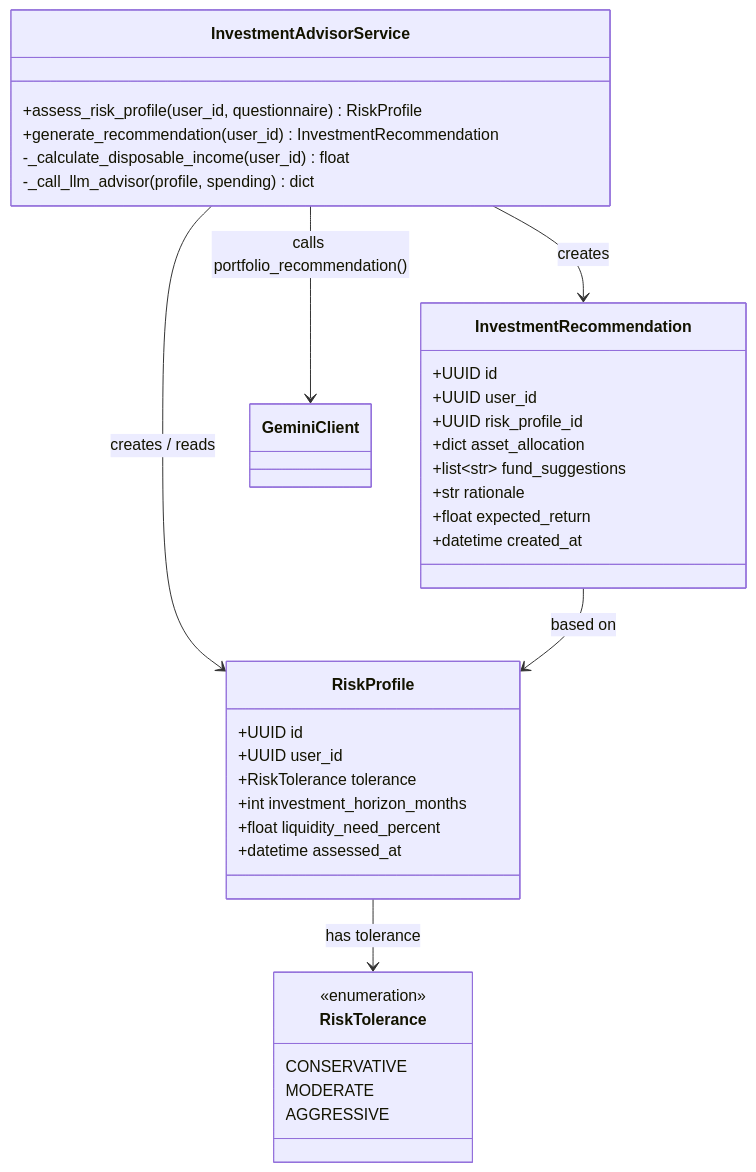
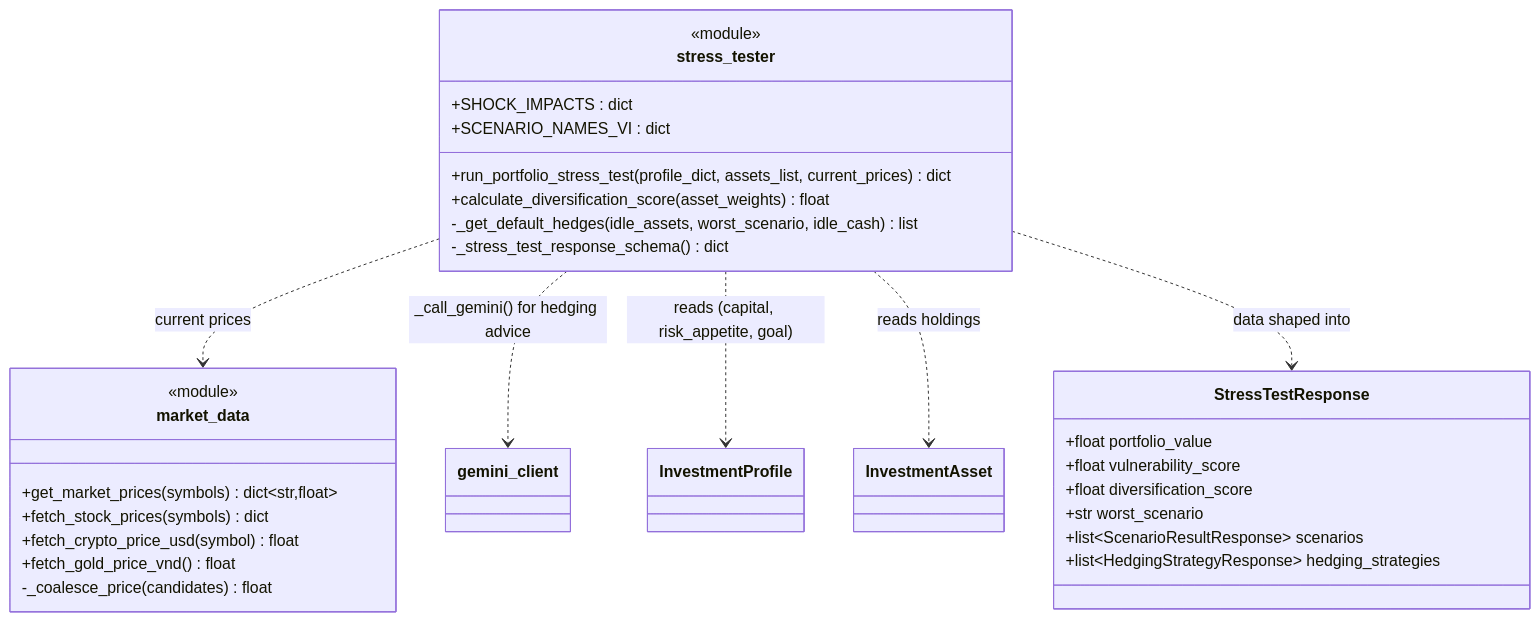
The tenth of 14 diagrams in docs/SAD.md (quanpro147/Spend-Sense-AI), drawn with Mermaid before and after one commit. The commit also changed other lines of this file, not shown here.

````diff
--- a/docs/SAD.md
+++ b/docs/SAD.md
@@ -718,42 +837,36 @@
 ```mermaid
 classDiagram
-    class RiskTolerance {
-        <<enumeration>>
-        CONSERVATIVE
-        MODERATE
-        AGGRESSIVE
+    class stress_tester {
+        <<module>>
+        +run_portfolio_stress_test(profile_dict, assets_list, current_prices) dict
+        +calculate_diversification_score(asset_weights) float
+        -_get_default_hedges(idle_assets, worst_scenario, idle_cash) list
+        -_stress_test_response_schema() dict
+        +SHOCK_IMPACTS : dict
+        +SCENARIO_NAMES_VI : dict
     }
 
-    class RiskProfile {
-        +UUID id
-        +UUID user_id
-        +RiskTolerance tolerance
-        +int investment_horizon_months
-        +float liquidity_need_percent
-        +datetime assessed_at
+    class market_data {
+        <<module>>
+        +get_market_prices(symbols) dict~str,float~
+        +fetch_stock_prices(symbols) dict
+        +fetch_crypto_price_usd(symbol) float
+        +fetch_gold_price_vnd() float
+        -_coalesce_price(candidates) float
     }
 
-    class InvestmentRecommendation {
-        +UUID id
-        +UUID user_id
-        +UUID risk_profile_id
-        +dict asset_allocation
-        +list~str~ fund_suggestions
-        +str rationale
-        +float expected_return
-        +datetime created_at
+    class StressTestResponse {
+        +float portfolio_value
+        +float vulnerability_score
+        +float diversification_score
+        +str worst_scenario
+        +list~ScenarioResultResponse~ scenarios
+        +list~HedgingStrategyResponse~ hedging_strategies
     }
 
-    class InvestmentAdvisorService {
-        +assess_risk_profile(user_id, questionnaire) RiskProfile
-        +generate_recommendation(user_id) InvestmentRecommendation
-        -_calculate_disposable_income(user_id) float
-        -_call_llm_advisor(profile, spending) dict
-    }
-
-    InvestmentAdvisorService --> RiskProfile : creates / reads
-    InvestmentAdvisorService --> InvestmentRecommendation : creates
-    InvestmentAdvisorService --> GeminiClient : calls portfolio_recommendation()
-    InvestmentRecommendation --> RiskProfile : based on
-    RiskProfile --> RiskTolerance : has tolerance
+    stress_tester ..> market_data : current prices
+    stress_tester ..> gemini_client : _call_gemini() for hedging advice
+    stress_tester ..> InvestmentProfile : reads (capital, risk_appetite, goal)
+    stress_tester ..> InvestmentAsset : reads holdings
+    stress_tester ..> StressTestResponse : data shaped into
 ```
````
